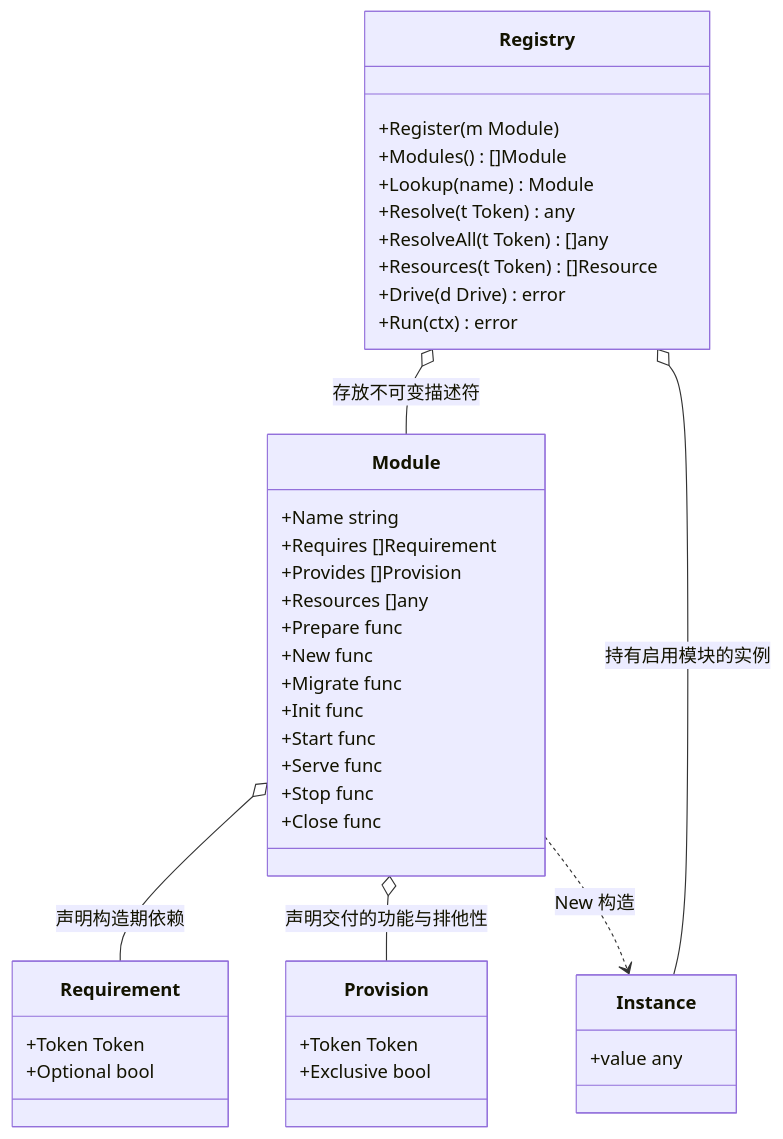
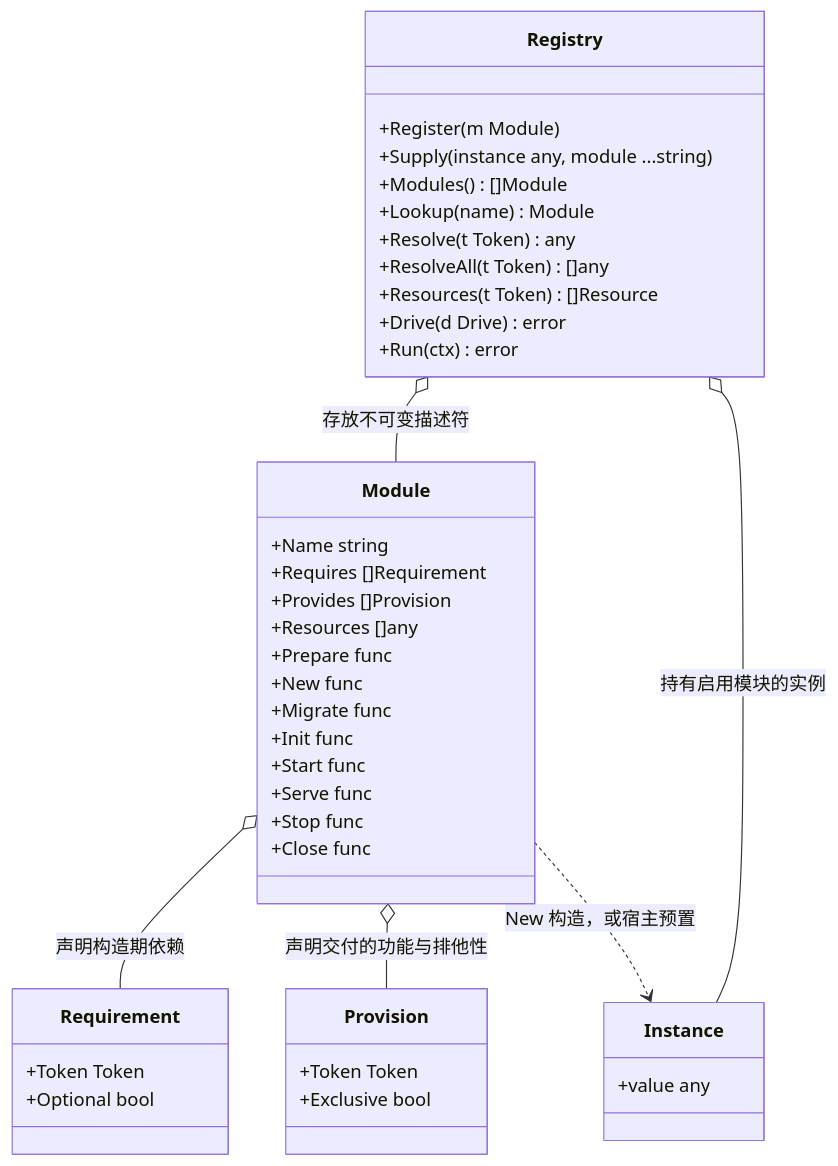
One commit to wangzw/speed changed the second of 6 diagrams in docs/design/modules/design-core.md. Above: the diagram before and after it, drawn with Mermaid. The commit also changed other lines of this file and 56 other files, not shown here.

````diff
--- a/docs/design/modules/design-core.md
+++ b/docs/design/modules/design-core.md
@@ -296,44 +335,45 @@
 ```mermaid
 classDiagram
     class Module {
         +Name string
         +Requires []Requirement
         +Provides []Provision
         +Resources []any
         +Prepare func
         +New func
         +Migrate func
         +Init func
         +Start func
         +Serve func
         +Stop func
         +Close func
     }
     class Requirement {
         +Token Token
         +Optional bool
     }
     class Provision {
         +Token Token
         +Exclusive bool
     }
     class Registry {
         +Register(m Module)
+        +Supply(instance any, module ...string)
         +Modules() []Module
         +Lookup(name) Module
         +Resolve(t Token) any
         +ResolveAll(t Token) []any
         +Resources(t Token) []Resource
         +Drive(d Drive) error
         +Run(ctx) error
     }
     class Instance {
         +value any
     }
 
     Module o-- Requirement : 声明构造期依赖
     Module o-- Provision : 声明交付的功能与排他性
     Registry o-- Module : 存放不可变描述符
     Registry o-- Instance : 持有启用模块的实例
-    Module ..> Instance : New 构造
+    Module ..> Instance : New 构造，或宿主预置
 ```
````
